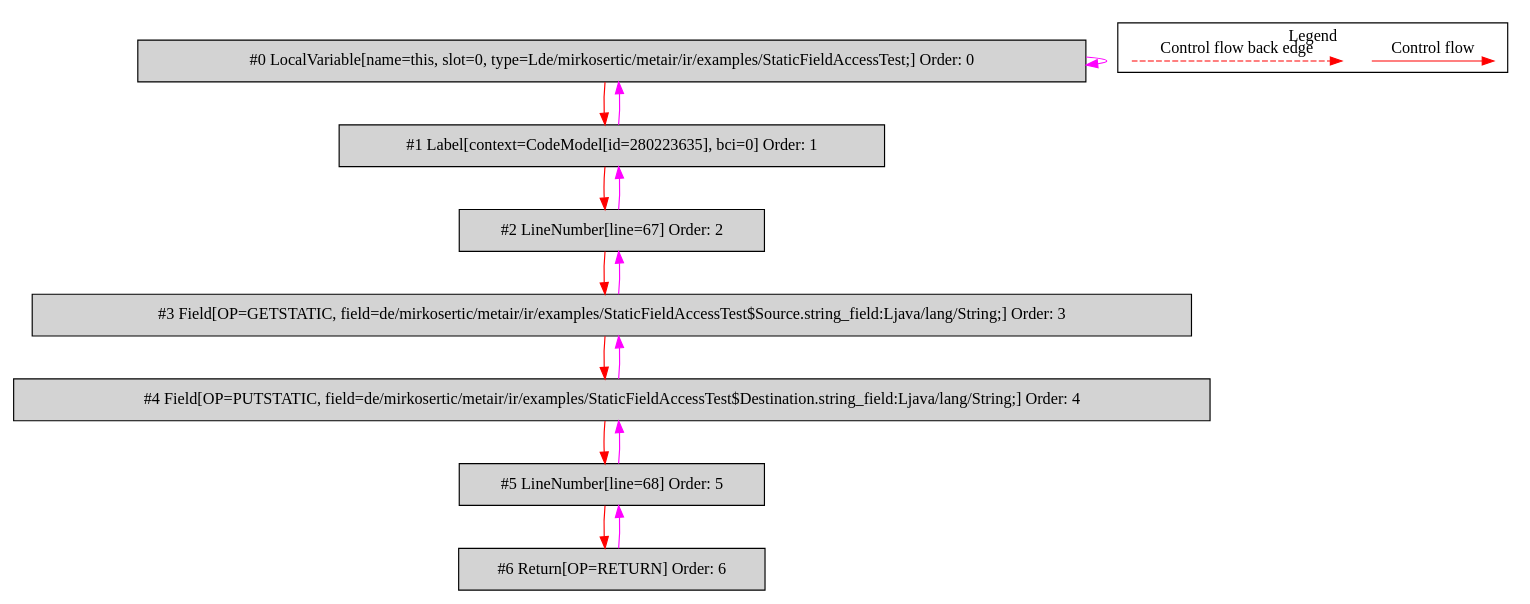
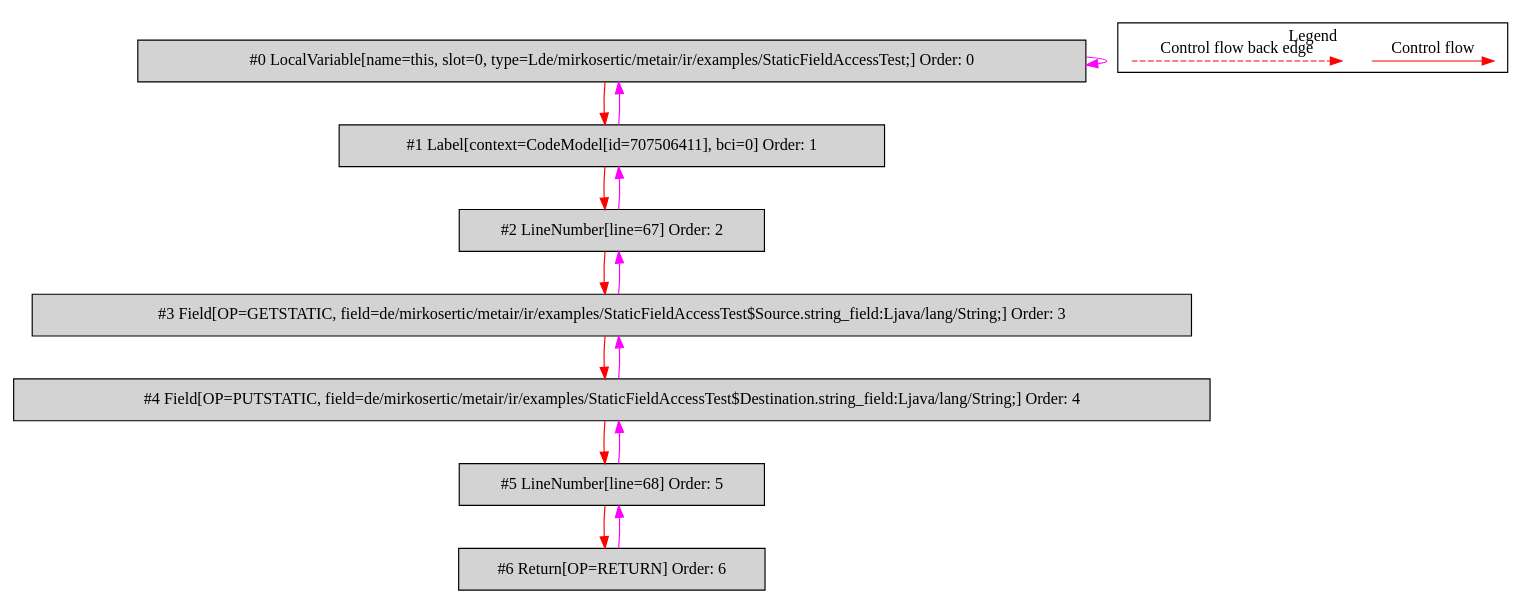
The diagram in de.mirkosertic.metair.ir.examples.StaticFieldAccessTest/copy_string/bytecodecfg.dot (mirkosertic/MetaIR), drawn with Graphviz before and after one commit. The commit also changed 612 other files, not shown here.

```diff
--- a/de.mirkosertic.metair.ir.examples.StaticFieldAccessTest/copy_string/bytecodecfg.dot
+++ b/de.mirkosertic.metair.ir.examples.StaticFieldAccessTest/copy_string/bytecodecfg.dot
@@ -1,37 +1,37 @@
 digraph {
  ordering="in";
  node0[label="#0 LocalVariable[name=this, slot=0, type=Lde/mirkosertic/metair/ir/examples/StaticFieldAccessTest;] Order: 0", shape=box, fillcolor=lightgrey, style=filled];
- node1[label="#1 Label[context=CodeModel[id=280223635], bci=0] Order: 1", shape=box, fillcolor=lightgrey, style=filled];
+ node1[label="#1 Label[context=CodeModel[id=707506411], bci=0] Order: 1", shape=box, fillcolor=lightgrey, style=filled];
  node2[label="#2 LineNumber[line=67] Order: 2", shape=box, fillcolor=lightgrey, style=filled];
  node3[label="#3 Field[OP=GETSTATIC, field=de/mirkosertic/metair/ir/examples/StaticFieldAccessTest$Source.string_field:Ljava/lang/String;] Order: 3", shape=box, fillcolor=lightgrey, style=filled];
  node4[label="#4 Field[OP=PUTSTATIC, field=de/mirkosertic/metair/ir/examples/StaticFieldAccessTest$Destination.string_field:Ljava/lang/String;] Order: 4", shape=box, fillcolor=lightgrey, style=filled];
  node5[label="#5 LineNumber[line=68] Order: 5", shape=box, fillcolor=lightgrey, style=filled];
  node6[label="#6 Return[OP=RETURN] Order: 6", shape=box, fillcolor=lightgrey, style=filled];
  node0 -> node0[color=fuchsia];
  node0 -> node1[color=red];
  node1 -> node0[color=fuchsia];
  node1 -> node2[color=red];
  node2 -> node1[color=fuchsia];
  node2 -> node3[color=red];
  node3 -> node2[color=fuchsia];
  node3 -> node4[color=red];
  node4 -> node3[color=fuchsia];
  node4 -> node5[color=red];
  node5 -> node4[color=fuchsia];
  node5 -> node6[color=red];
  node6 -> node5[color=fuchsia];
  subgraph cluster_000 {
   label = "Legend";
   node [shape=point]
   {
    rank=same;
    c0 [style = invis];
    c1 [style = invis];
    c2 [style = invis];
    c3 [style = invis];
   }
   c0 -> c1 [label="Control flow", style=solid, color=red]
   c2 -> c3 [label="Control flow back edge", style=dashed, color=red]
  }
 
 }
```
